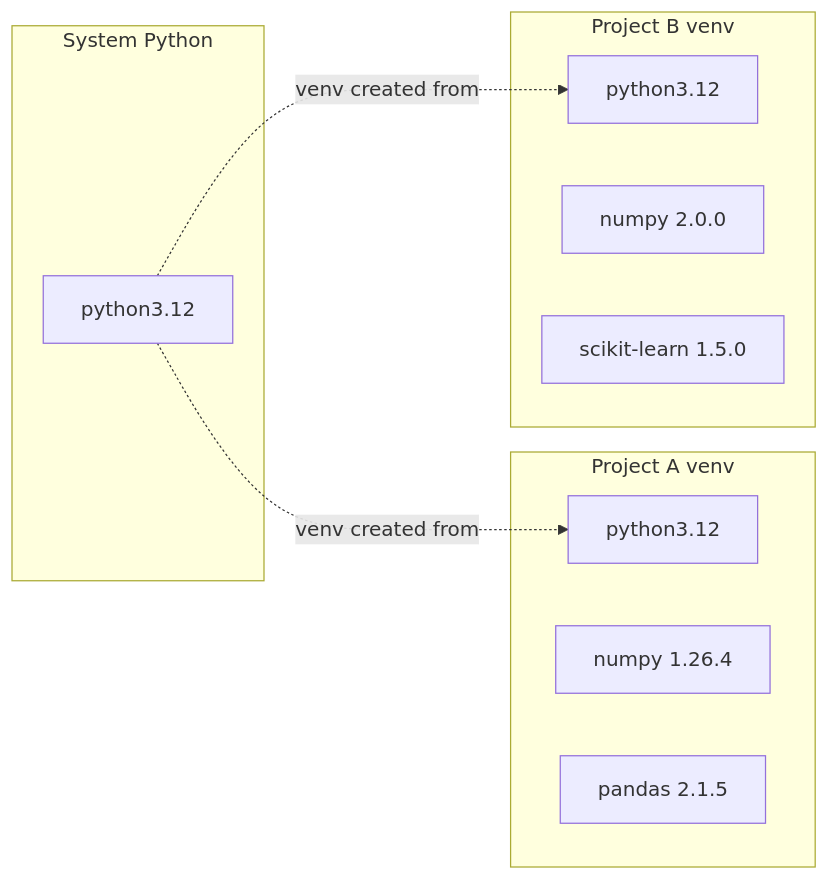
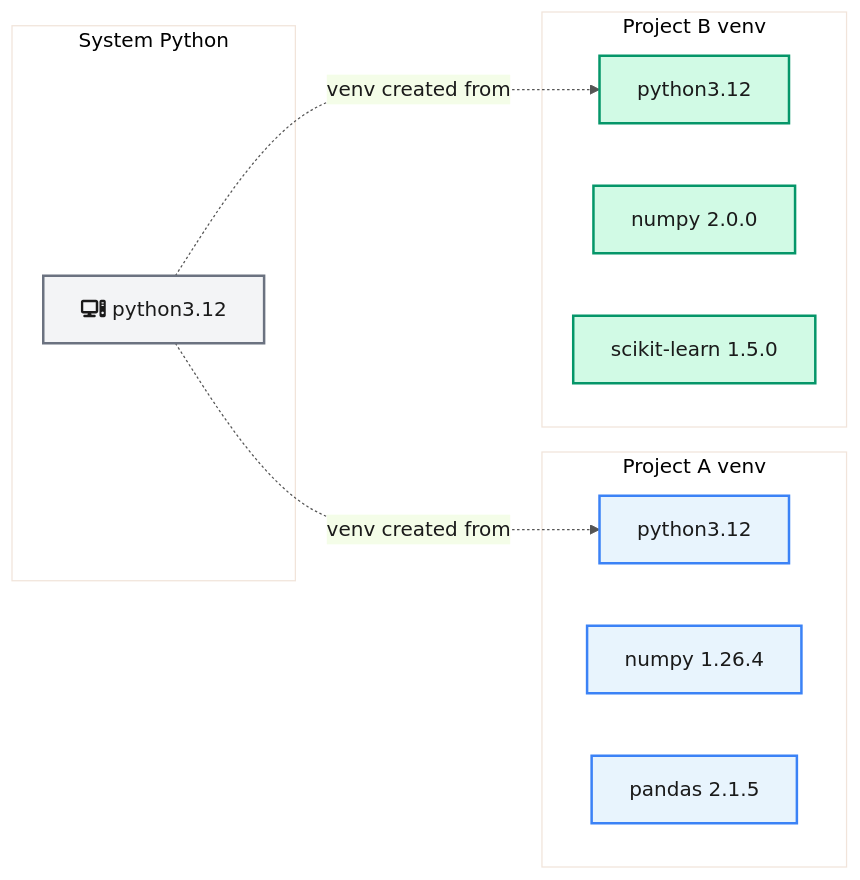
The third of 4 diagrams in docs/assignments/package-management-concepts.md (OSU-CAR-MSL/lab-setup-guide), drawn with Mermaid before and after one commit. The commit also changed other lines of this file and 13 other files, not shown here.

First line of the commit message:
Enhance all 22 Mermaid diagrams with semantic shapes, icons, and color coding

````diff
--- a/docs/assignments/package-management-concepts.md
+++ b/docs/assignments/package-management-concepts.md
@@ -109,18 +119,23 @@
 ```mermaid
+%%{init: {'theme': 'base', 'themeVariables': {'primaryColor': '#e8f4fd', 'primaryTextColor': '#1a1a1a', 'lineColor': '#555'}}}%%
 graph LR
     subgraph "System Python"
-        SYS[python3.12]
+        SYS["fa:fa-computer python3.12"]:::system
     end
     subgraph "Project A venv"
-        A_PY[python3.12]
-        A_NP["numpy 1.26.4"]
-        A_PD["pandas 2.1.5"]
+        A_PY["python3.12"]:::processA
+        A_NP["numpy 1.26.4"]:::processA
+        A_PD["pandas 2.1.5"]:::processA
     end
     subgraph "Project B venv"
-        B_PY[python3.12]
-        B_NP["numpy 2.0.0"]
-        B_SK["scikit-learn 1.5.0"]
+        B_PY["python3.12"]:::processB
+        B_NP["numpy 2.0.0"]:::processB
+        B_SK["scikit-learn 1.5.0"]:::processB
     end
     SYS -.->|"venv created from"| A_PY
     SYS -.->|"venv created from"| B_PY
+
+    classDef system fill:#f3f4f6,stroke:#6b7280,color:#1a1a1a,stroke-width:2px
+    classDef processA fill:#e8f4fd,stroke:#3b82f6,color:#1a1a1a,stroke-width:2px
+    classDef processB fill:#d1fae5,stroke:#059669,color:#1a1a1a,stroke-width:2px
 ```
````
